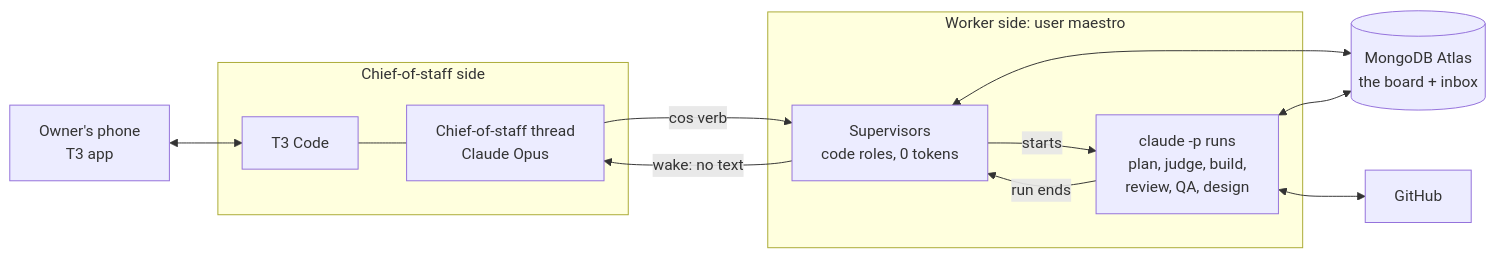
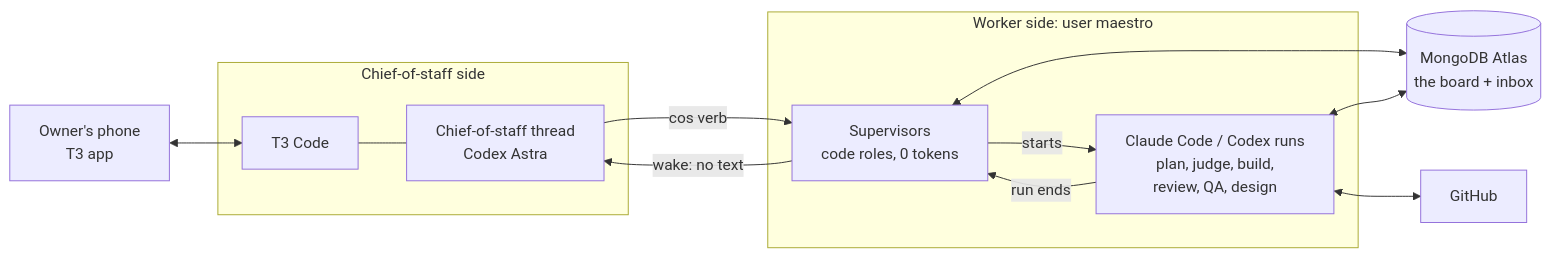
One commit to ProlesDei/maestro changed the first of 7 diagrams in docs/design/t3-runtime.md. Above: the diagram before and after it, drawn with Mermaid. The commit also changed other lines of this file, not shown here.

Commit message:
Plan role-based routing across Claude Max and ChatGPT Pro

````diff
--- a/docs/design/t3-runtime.md
+++ b/docs/design/t3-runtime.md
@@ -14,22 +14,22 @@
 ```mermaid
 flowchart LR
   OWNER["Owner's phone<br/>T3 app"]
   subgraph COSSIDE["Chief-of-staff side"]
     T3["T3 Code"]
-    COS["Chief-of-staff thread<br/>Claude Opus"]
+    COS["Chief-of-staff thread<br/>Codex Astra"]
   end
   subgraph WORKSIDE["Worker side: user maestro"]
     SUP["Supervisors<br/>code roles, 0 tokens"]
-    RUNS["claude -p runs<br/>plan, judge, build,<br/>review, QA, design"]
+    RUNS["Claude Code / Codex runs<br/>plan, judge, build,<br/>review, QA, design"]
   end
   DB[("MongoDB Atlas<br/>the board + inbox")]
   GH["GitHub"]
   OWNER <--> T3 --- COS
   SUP -->|"wake: no text"| COS
   COS -->|"cos verb"| SUP
   SUP -->|"starts"| RUNS
   RUNS -->|"run ends"| SUP
   SUP <--> DB
   RUNS <--> DB
   RUNS <--> GH
 ```
````
